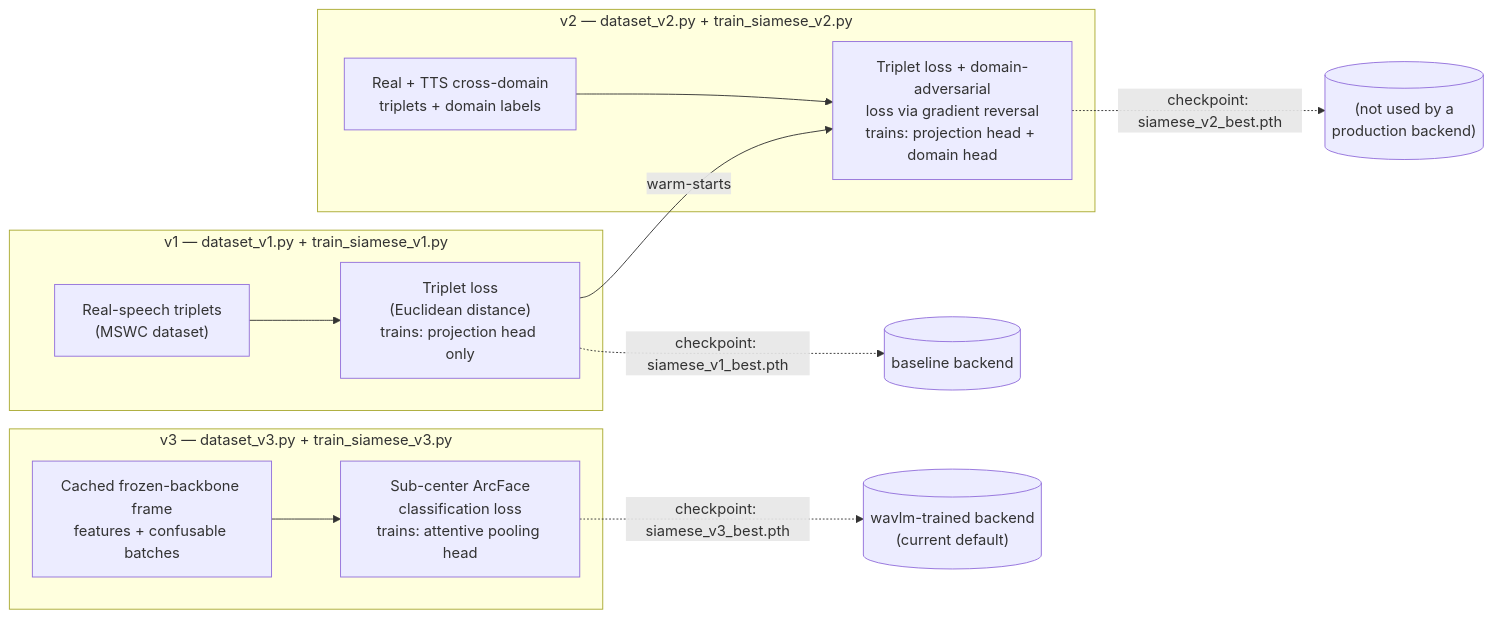
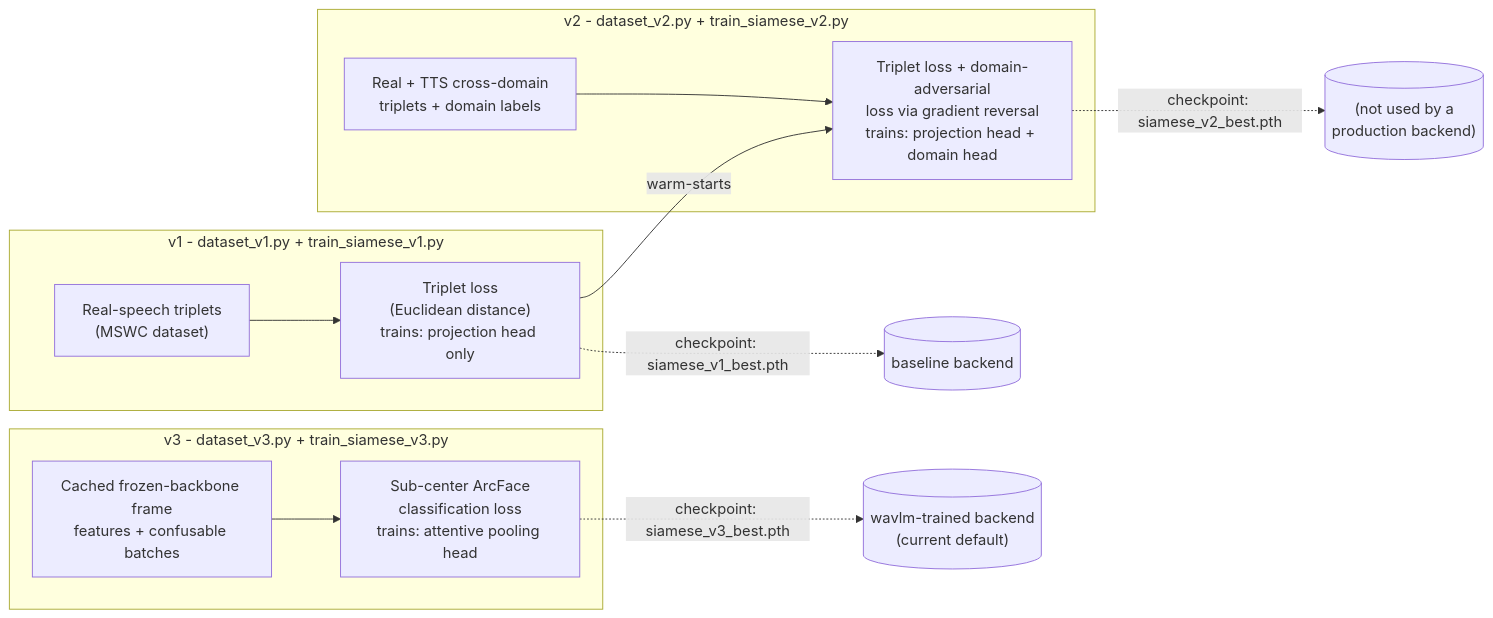
The fourth of 4 diagrams in Siamese_VMS_Project/reports/ARCHITECTURE.md (Fawwad795/Video-Context-Extraction-System), drawn with Mermaid before and after one commit. The commit also changed other lines of this file and 6 other files, not shown here.

````diff
--- a/Siamese_VMS_Project/reports/ARCHITECTURE.md
+++ b/Siamese_VMS_Project/reports/ARCHITECTURE.md
@@ -390,17 +390,17 @@
 ```mermaid
 flowchart LR
-    subgraph V1["v1 — dataset_v1.py + train_siamese_v1.py"]
+    subgraph V1["v1 - dataset_v1.py + train_siamese_v1.py"]
         D1["Real-speech triplets\n(MSWC dataset)"] --> T1["Triplet loss\n(Euclidean distance)\ntrains: projection head only"]
     end
-    subgraph V2["v2 — dataset_v2.py + train_siamese_v2.py"]
+    subgraph V2["v2 - dataset_v2.py + train_siamese_v2.py"]
         D2["Real + TTS cross-domain\ntriplets + domain labels"] --> T2["Triplet loss + domain-adversarial\nloss via gradient reversal\ntrains: projection head + domain head"]
     end
-    subgraph V3["v3 — dataset_v3.py + train_siamese_v3.py"]
+    subgraph V3["v3 - dataset_v3.py + train_siamese_v3.py"]
         D3["Cached frozen-backbone frame\nfeatures + confusable batches"] --> T3["Sub-center ArcFace\nclassification loss\ntrains: attentive pooling head"]
     end
 
     T1 -->|warm-starts| T2
     T1 -.->|checkpoint: siamese_v1_best.pth| CK1[("baseline backend")]
     T2 -.->|checkpoint: siamese_v2_best.pth| CK2[("(not used by a\nproduction backend)")]
     T3 -.->|checkpoint: siamese_v3_best.pth| CK3[("wavlm-trained backend\n(current default)")]
 ```
````
